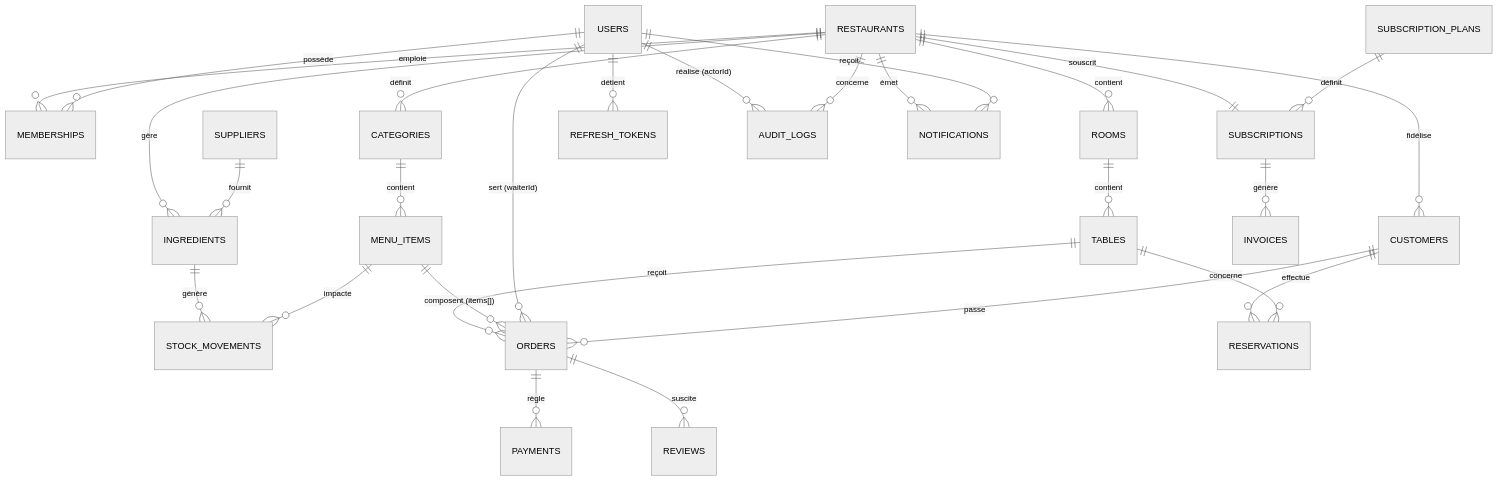
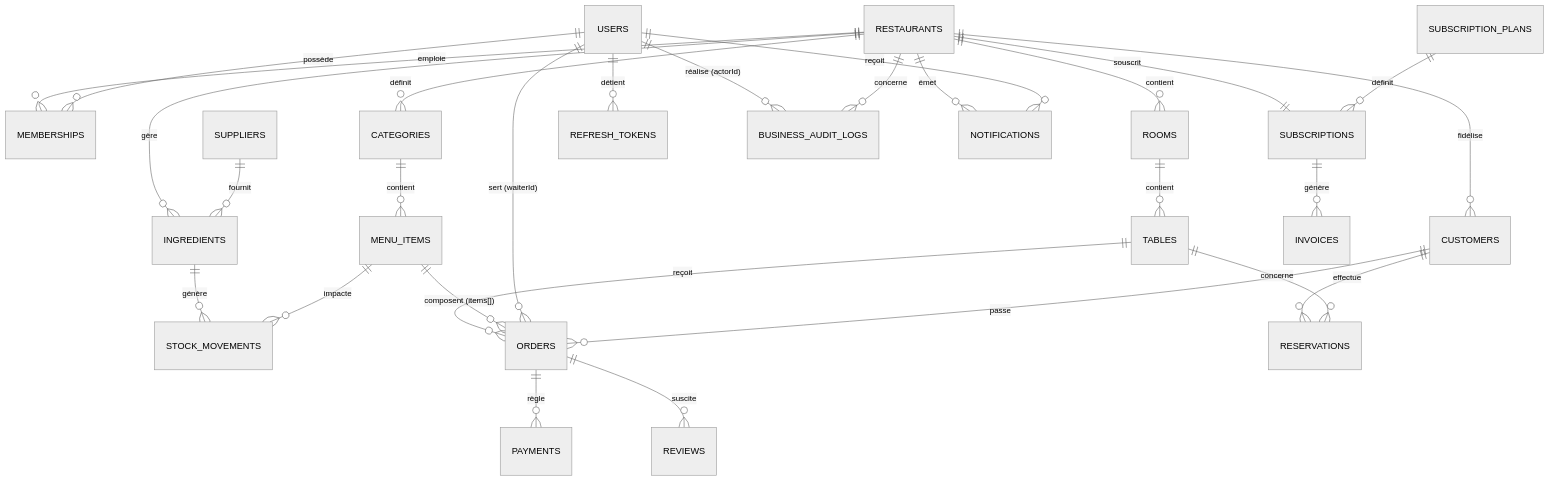
The diagram in docs/architecture/05-database-mongodb.md (EricAZ99/quick_table_new_version), drawn with Mermaid (neutral theme) before and after one commit. The commit also changed other lines of this file and 14 other files, not shown here.

````diff
--- a/docs/architecture/05-database-mongodb.md
+++ b/docs/architecture/05-database-mongodb.md
@@ -14,30 +14,30 @@
 ```mermaid
 erDiagram
     RESTAURANTS ||--o{ MEMBERSHIPS : "emploie"
     USERS ||--o{ MEMBERSHIPS : "possède"
     RESTAURANTS ||--o{ ROOMS : contient
     ROOMS ||--o{ TABLES : contient
     RESTAURANTS ||--o{ CATEGORIES : définit
     CATEGORIES ||--o{ MENU_ITEMS : contient
     RESTAURANTS ||--o{ INGREDIENTS : gère
     INGREDIENTS ||--o{ STOCK_MOVEMENTS : "génère"
     MENU_ITEMS ||--o{ STOCK_MOVEMENTS : "impacte"
     SUPPLIERS ||--o{ INGREDIENTS : fournit
     TABLES ||--o{ ORDERS : "reçoit"
     MENU_ITEMS ||--o{ ORDERS : "composent (items[])"
     USERS ||--o{ ORDERS : "sert (waiterId)"
     CUSTOMERS ||--o{ ORDERS : passe
     ORDERS ||--o{ PAYMENTS : règle
     ORDERS ||--o{ REVIEWS : suscite
     CUSTOMERS ||--o{ RESERVATIONS : effectue
     TABLES ||--o{ RESERVATIONS : concerne
     RESTAURANTS ||--o{ CUSTOMERS : "fidélise"
     RESTAURANTS ||--|| SUBSCRIPTIONS : souscrit
     SUBSCRIPTION_PLANS ||--o{ SUBSCRIPTIONS : définit
     SUBSCRIPTIONS ||--o{ INVOICES : génère
     USERS ||--o{ REFRESH_TOKENS : détient
-    USERS ||--o{ AUDIT_LOGS : "réalise (actorId)"
-    RESTAURANTS ||--o{ AUDIT_LOGS : concerne
+    USERS ||--o{ BUSINESS_AUDIT_LOGS : "réalise (actorId)"
+    RESTAURANTS ||--o{ BUSINESS_AUDIT_LOGS : concerne
     RESTAURANTS ||--o{ NOTIFICATIONS : émet
     USERS ||--o{ NOTIFICATIONS : reçoit
 ```
````
